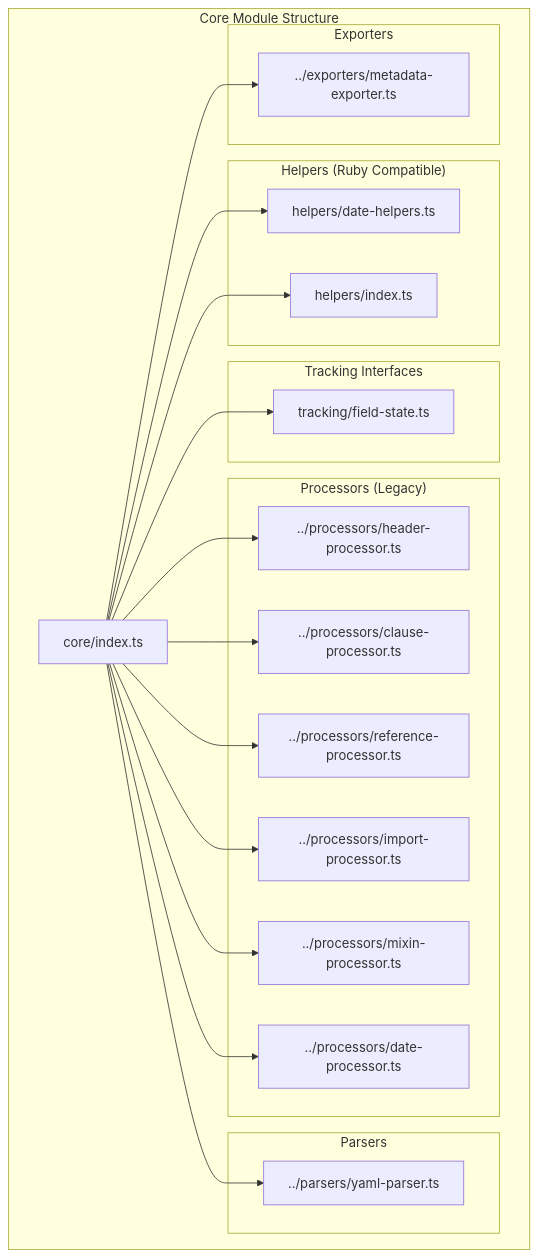
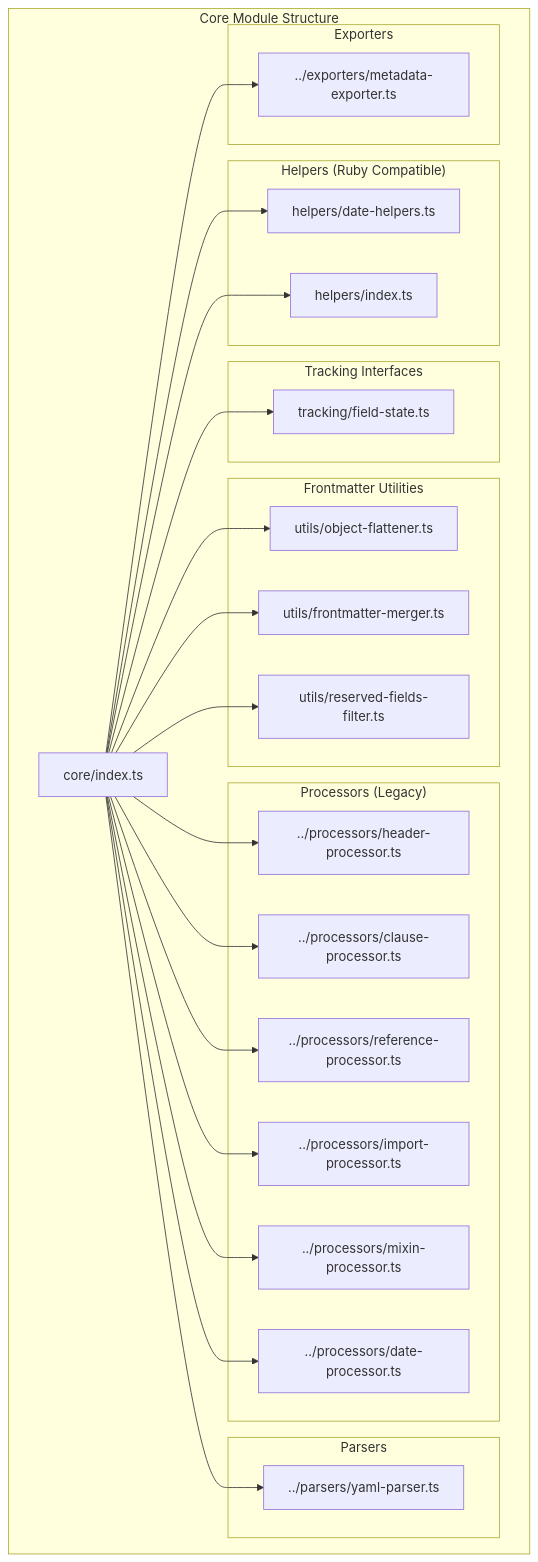
The third of 27 diagrams in docs/ARCHITECTURE.md (petalo/legal-markdown-js), drawn with Mermaid before and after one commit. The commit also changed other lines of this file and 29 other files, not shown here.

````diff
--- a/docs/ARCHITECTURE.md
+++ b/docs/ARCHITECTURE.md
@@ -150,44 +150,53 @@
 ```mermaid
 graph TB
     subgraph "Core Module Structure"
         CORE[core/index.ts]
 
         subgraph "Helpers (Ruby Compatible)"
             DATE_H[helpers/date-helpers.ts]
             HELP_IDX[helpers/index.ts]
         end
 
         subgraph "Tracking Interfaces"
             FIELD_STATE[tracking/field-state.ts]
+        end
+
+        subgraph "Frontmatter Utilities"
+            OBJ_FLATTENER[utils/object-flattener.ts]
+            FRONTMATTER_MERGER[utils/frontmatter-merger.ts]
+            RESERVED_FILTER[utils/reserved-fields-filter.ts]
         end
 
         subgraph "Processors (Legacy)"
             HEADER_P[../processors/header-processor.ts]
             CLAUSE_P[../processors/clause-processor.ts]
             REF_P[../processors/reference-processor.ts]
             IMPORT_P[../processors/import-processor.ts]
             MIXIN_P[../processors/mixin-processor.ts]
             DATE_P[../processors/date-processor.ts]
         end
 
         subgraph "Parsers"
             YAML_P[../parsers/yaml-parser.ts]
         end
 
         subgraph "Exporters"
             META_E[../exporters/metadata-exporter.ts]
         end
     end
 
     CORE --> DATE_H
     CORE --> HELP_IDX
     CORE --> FIELD_STATE
+    CORE --> OBJ_FLATTENER
+    CORE --> FRONTMATTER_MERGER
+    CORE --> RESERVED_FILTER
     CORE --> HEADER_P
     CORE --> CLAUSE_P
     CORE --> REF_P
     CORE --> IMPORT_P
     CORE --> MIXIN_P
     CORE --> DATE_P
     CORE --> YAML_P
     CORE --> META_E
 ```
````
